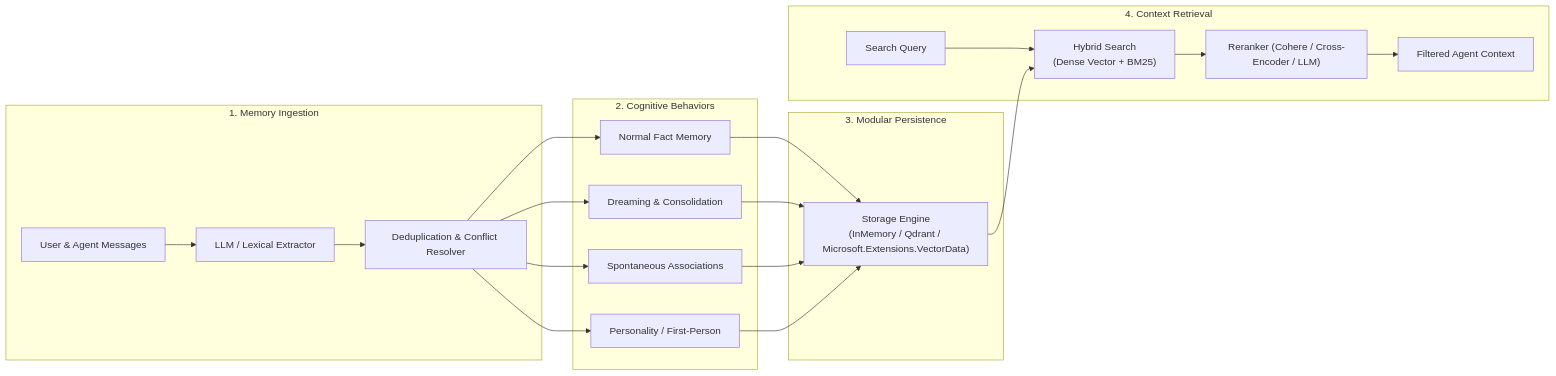
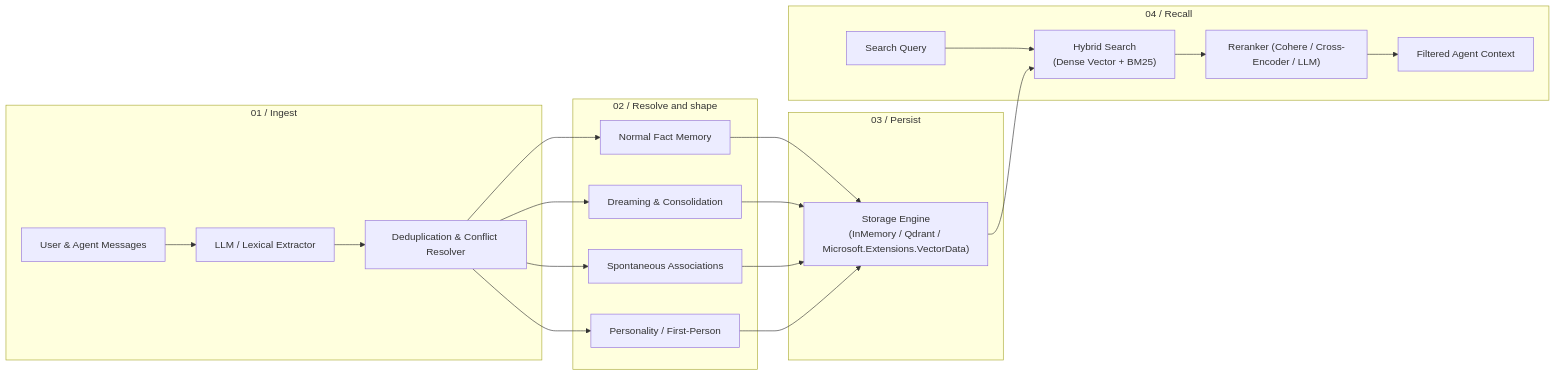
Before and after one commit to jihadkhawaja/magicore: the diagram in README.md, drawn with Mermaid. The commit also changed other lines of this file and 291 other files, not shown here.

````diff
--- a/README.md
+++ b/README.md
@@ -61,25 +59,25 @@
 ```mermaid
 flowchart LR
-    subgraph Ingestion["1. Memory Ingestion"]
+    subgraph Ingestion["01 / Ingest"]
         Msg["User & Agent Messages"] --> Extractor["LLM / Lexical Extractor"]
         Extractor --> Dedupe["Deduplication & Conflict Resolver"]
     end
 
-    subgraph Behaviors["2. Cognitive Behaviors"]
+    subgraph Behaviors["02 / Resolve and shape"]
         Dedupe --> Normal["Normal Fact Memory"]
         Dedupe --> Dream["Dreaming & Consolidation"]
         Dedupe --> Assoc["Spontaneous Associations"]
         Dedupe --> Identity["Personality / First-Person"]
     end
 
-    subgraph Storage["3. Modular Persistence"]
+    subgraph Storage["03 / Persist"]
         Normal & Dream & Assoc & Identity --> Store["Storage Engine<br/>(InMemory / Qdrant / Microsoft.Extensions.VectorData)"]
     end
 
-    subgraph Retrieval["4. Context Retrieval"]
+    subgraph Retrieval["04 / Recall"]
         Query["Search Query"] --> Hybrid["Hybrid Search<br/>(Dense Vector + BM25)"]
         Store --> Hybrid
         Hybrid --> Rerank["Reranker (Cohere / Cross-Encoder / LLM)"]
         Rerank --> Context["Filtered Agent Context"]
     end
 ```
````
